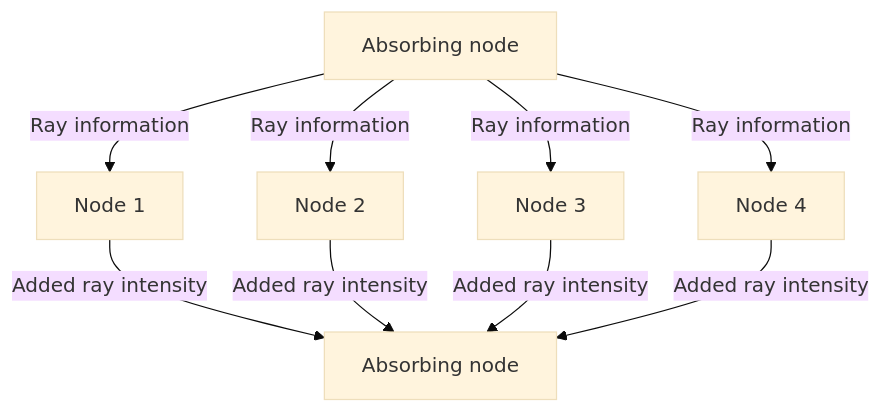
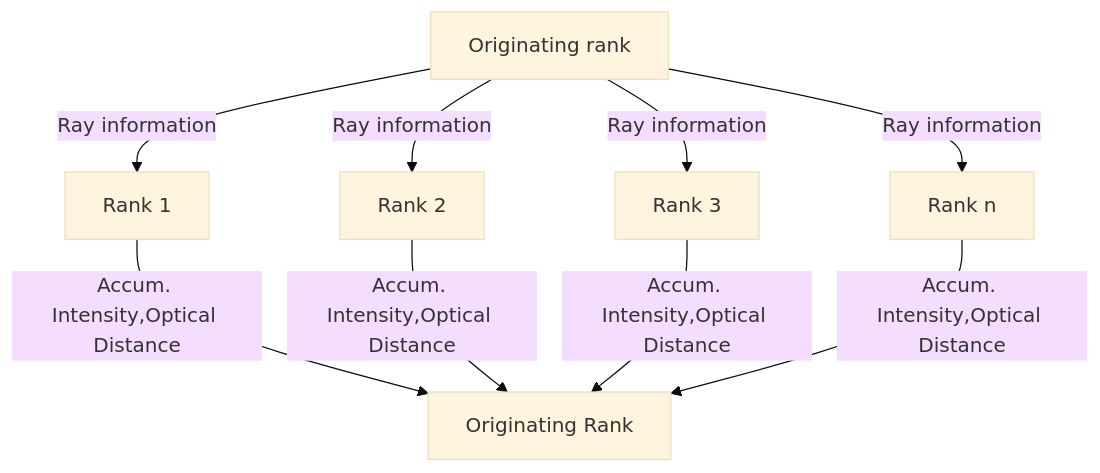
Before and after one commit to nick-jt/MCRT_Thesis_Tricard: the second of 4 diagrams in README.md, drawn with Mermaid (base theme).

````diff
--- a/README.md
+++ b/README.md
@@ -22,11 +22,11 @@
 ```mermaid
 graph TD
-    A[Absorbing node] -->|Ray information| B[Node 1]
-    A -->|Ray information| C[Node 2]
-    A -->|Ray information| D[Node 3]
-    A -->|Ray information| E[Node 4]
-    B -->|Added ray intensity| F[Absorbing node]
-    C -->|Added ray intensity| F
-    D -->|Added ray intensity| F
-    E -->|Added ray intensity| F
+    A[Originating rank] -->|Ray information| B[Rank 1]
+    A -->|Ray information| C[Rank 2]
+    A -->|Ray information| D[Rank 3]
+    A -->|Ray information| E[Rank n]
+    B -->|Accum. Intensity,Optical Distance| F[Originating Rank]
+    C -->|Accum. Intensity,Optical Distance| F
+    D -->|Accum. Intensity,Optical Distance| F
+    E -->|Accum. Intensity,Optical Distance| F
 ```
````
